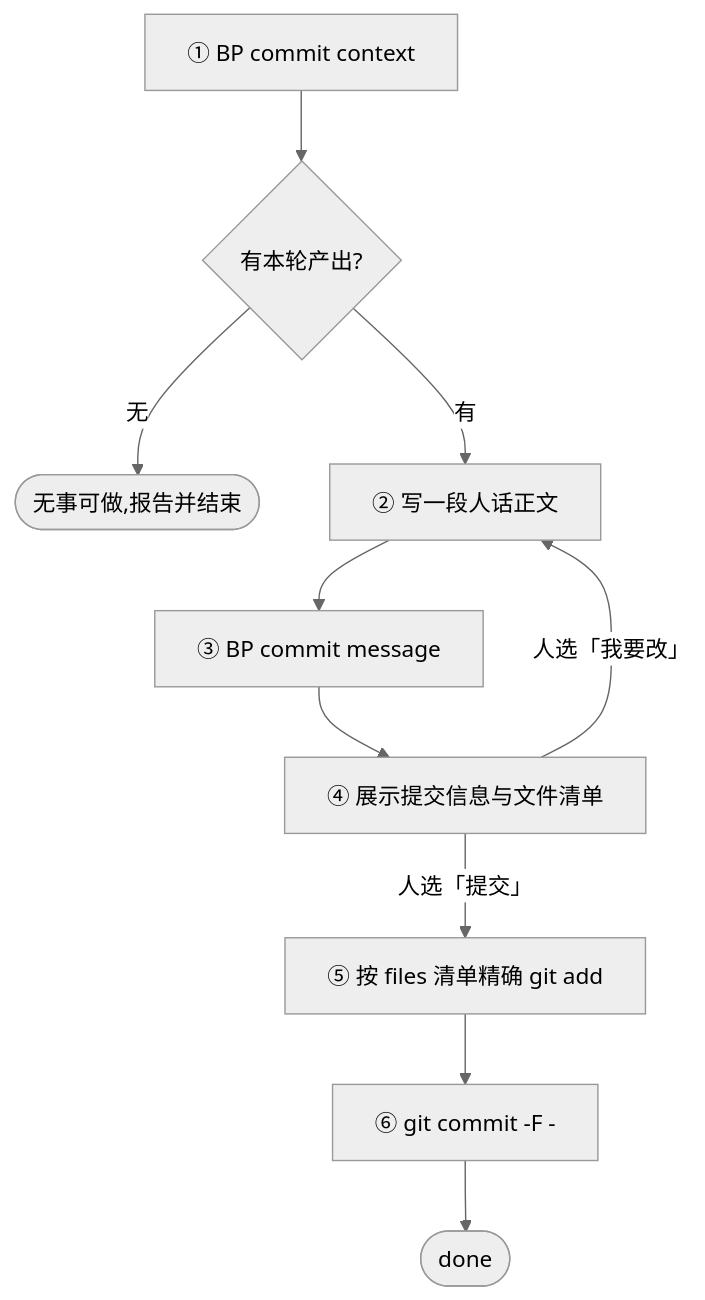
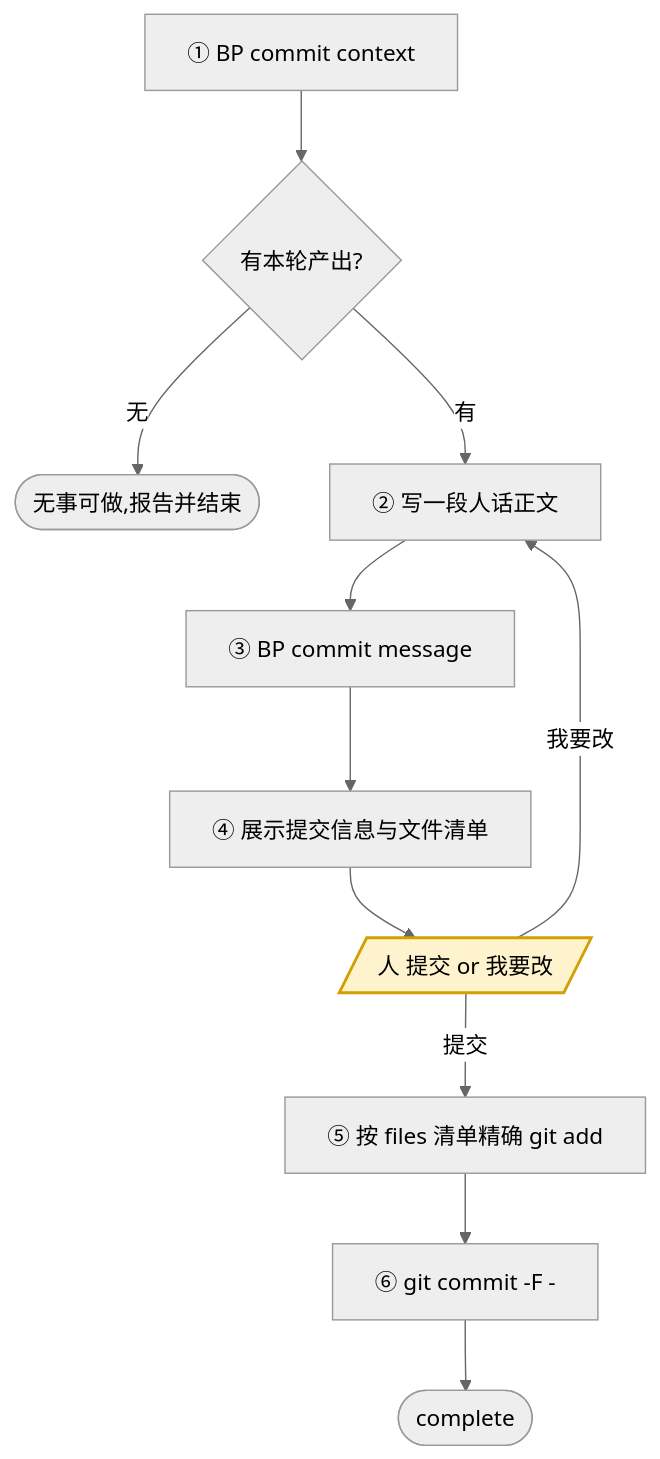
Before and after one commit to chxt100016/blueprint: the diagram in skills/blueprint/assets/skills/commit.md, drawn with Mermaid (neutral theme). The commit also changed other lines of this file and 66 other files, not shown here.

````diff
--- a/skills/blueprint/assets/skills/commit.md
+++ b/skills/blueprint/assets/skills/commit.md
@@ -38,12 +38,16 @@
 ```mermaid
 flowchart TD
     A[① BP commit context] --> B{有本轮产出?}
     B -->|无| C([无事可做,报告并结束])
     B -->|有| D[② 写一段人话正文]
     D --> E[③ BP commit message]
     E --> F[④ 展示提交信息与文件清单]
-    F -->|人选「我要改」| D
-    F -->|人选「提交」| G[⑤ 按 files 清单精确 git add]
+    F --> P1[/人 提交 or 我要改/]
+    P1 -->|我要改| D
+    P1 -->|提交| G[⑤ 按 files 清单精确 git add]
     G --> H[⑥ git commit -F -]
-    H --> I([done])
+    H --> I([complete])
+
+    classDef human fill:#fff3cd,stroke:#d39e00,stroke-width:2px
+    class P1 human
 ```
````
